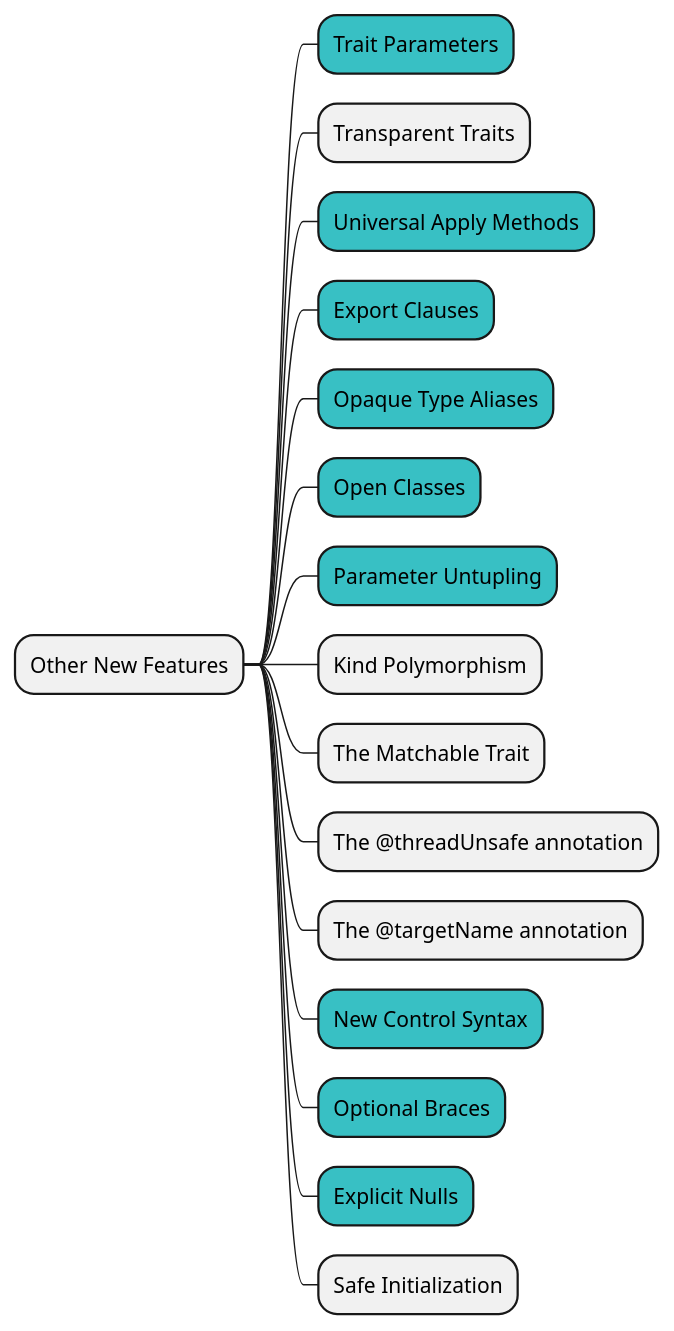
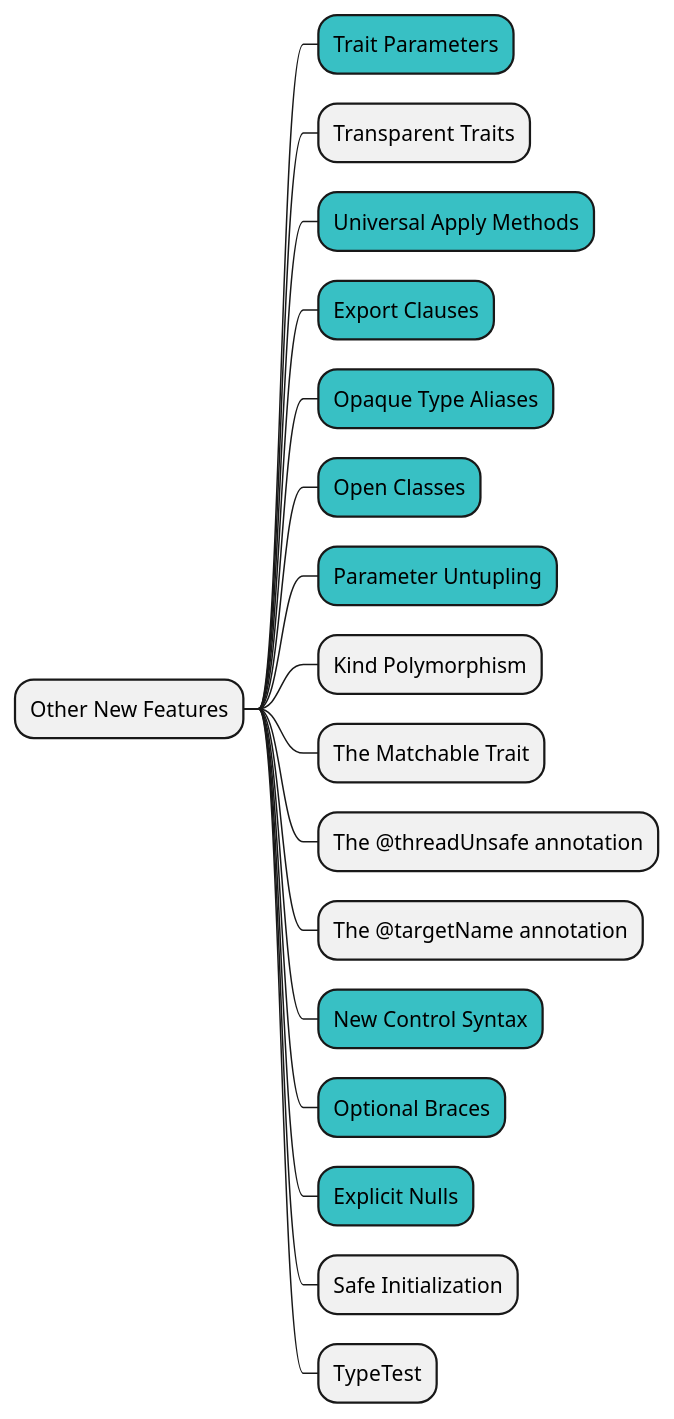
One commit to shinharad/getting-started-with-scala3 changed the sixth of 8 diagrams in docs/step01/03_Referenceを俯瞰してみる.md. Above: the diagram before and after it, drawn with PlantUML. The commit also changed other lines of this file and 1 other file, not shown here.

````diff
--- a/docs/step01/03_Referenceを俯瞰してみる.md
+++ b/docs/step01/03_Referenceを俯瞰してみる.md
@@ -118,20 +118,21 @@
 ```plantuml
 @startmindmap
 * Other New Features
 **[#38c0c4] Trait Parameters
 ** Transparent Traits
 **[#38c0c4] Universal Apply Methods
 **[#38c0c4] Export Clauses
 **[#38c0c4] Opaque Type Aliases
 **[#38c0c4] Open Classes
 **[#38c0c4] Parameter Untupling
 ** Kind Polymorphism
 ** The Matchable Trait
 ** The @threadUnsafe annotation
 ** The @targetName annotation
 **[#38c0c4] New Control Syntax
 **[#38c0c4] Optional Braces
 **[#38c0c4] Explicit Nulls
 ** Safe Initialization
+** TypeTest
 @endmindmap
 ```
````
